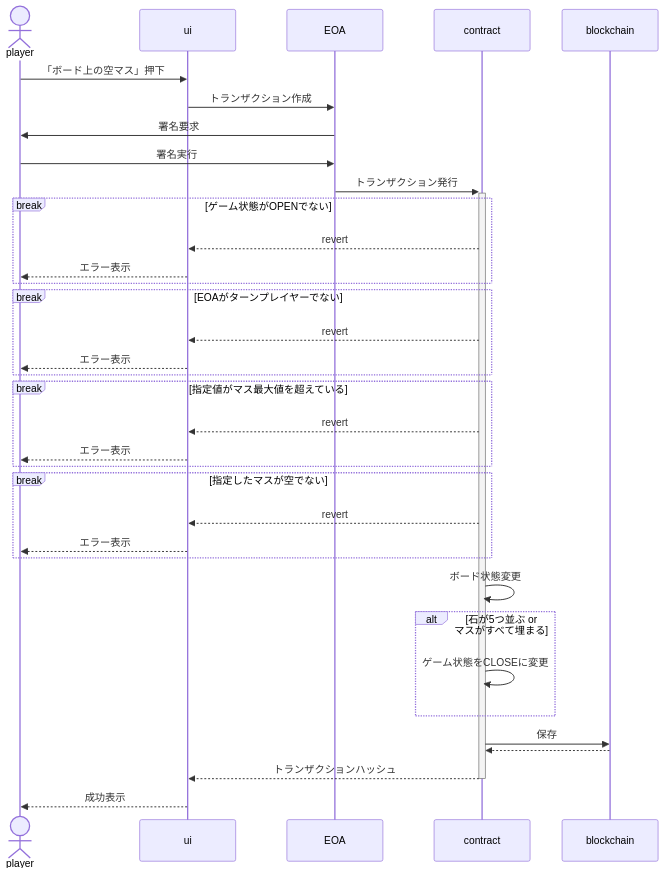
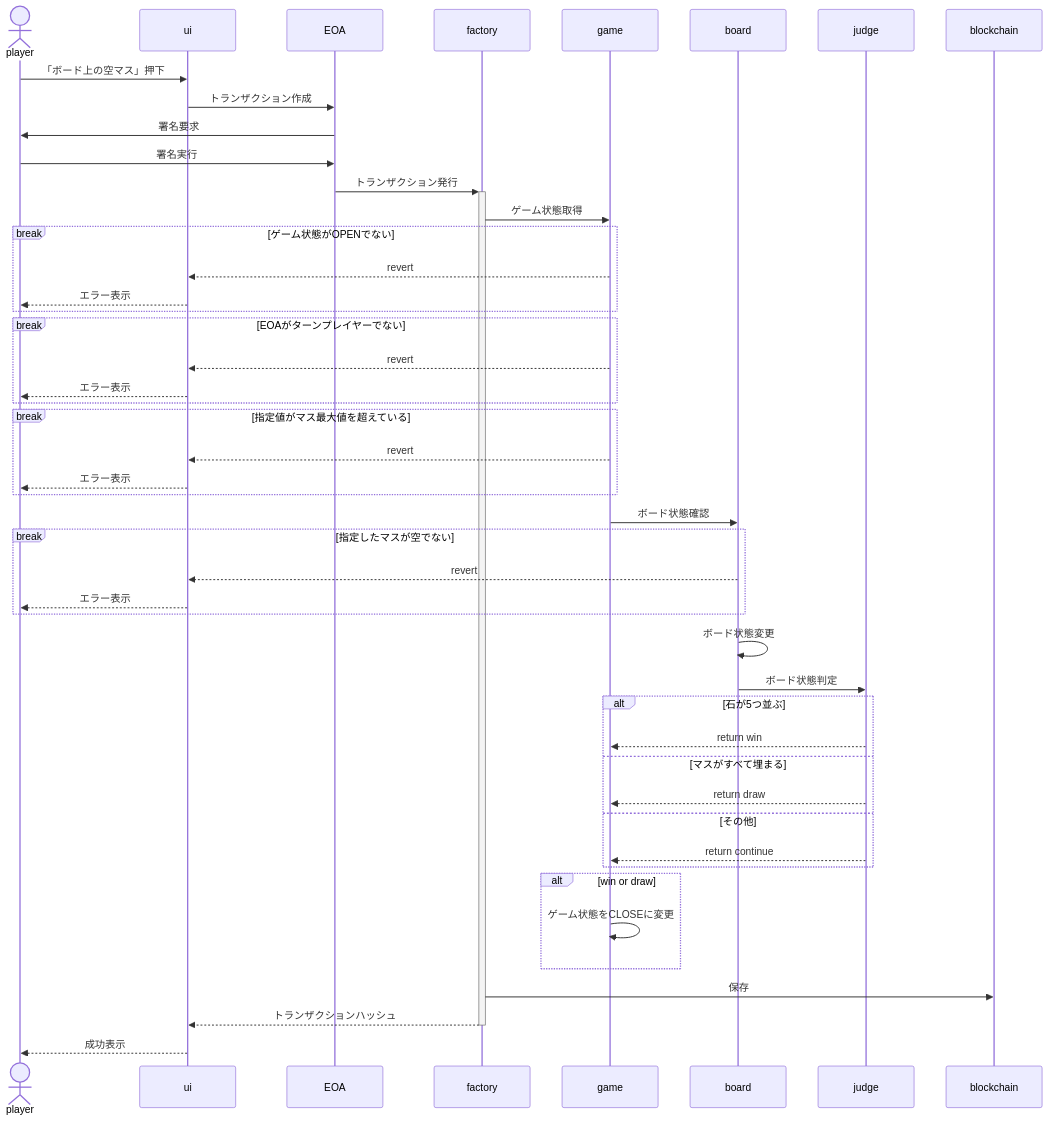
One commit to 0xHaku/preprod-gomoku changed the third of 3 diagrams in doc/sequence.md. Above: the diagram before and after it, drawn with Mermaid. The commit also changed other lines of this file and 1 other file, not shown here.

````diff
--- a/doc/sequence.md
+++ b/doc/sequence.md
@@ -53,38 +53,50 @@
 ```mermaid
 sequenceDiagram
     actor player
     participant ui
     participant EOA
-    participant contract
+    participant factory
+    participant game
+    participant board
+    participant judge
     participant blockchain
 
     player->>ui: 「ボード上の空マス」押下
     ui->>EOA: トランザクション作成
     EOA->>player: 署名要求
     player->>EOA: 署名実行
-    EOA->>+contract: トランザクション発行
+    EOA->>+factory: トランザクション発行
+    factory->>game: ゲーム状態取得
     break ゲーム状態がOPENでない
-        contract-->>ui: revert
+        game-->>ui: revert
         ui-->>player: エラー表示
     end
     break EOAがターンプレイヤーでない
-        contract-->>ui: revert
+        game-->>ui: revert
         ui-->>player: エラー表示
     end
     break 指定値がマス最大値を超えている
-        contract-->>ui: revert
+        game-->>ui: revert
         ui-->>player: エラー表示
     end
+    game->>board: ボード状態確認
     break 指定したマスが空でない
-        contract-->>ui: revert
+        board-->>ui: revert
         ui-->>player: エラー表示
     end
-    contract->>contract: ボード状態変更
-    alt 石が5つ並ぶ or マスがすべて埋まる
-        contract->>contract: ゲーム状態をCLOSEに変更
+    board->>board: ボード状態変更
+    board->>judge: ボード状態判定
+    alt 石が5つ並ぶ
+        judge-->>game: return win
+    else マスがすべて埋まる
+        judge-->>game: return draw
+    else その他
+        judge-->>game: return continue
     end
-    contract->>blockchain: 保存
-    blockchain-->>contract: 
-    contract-->>-ui: トランザクションハッシュ
+    alt win or draw
+        game->>game: ゲーム状態をCLOSEに変更
+    end
+    factory->>blockchain: 保存
+    factory-->>-ui: トランザクションハッシュ
     ui-->>player: 成功表示
 ```
````
